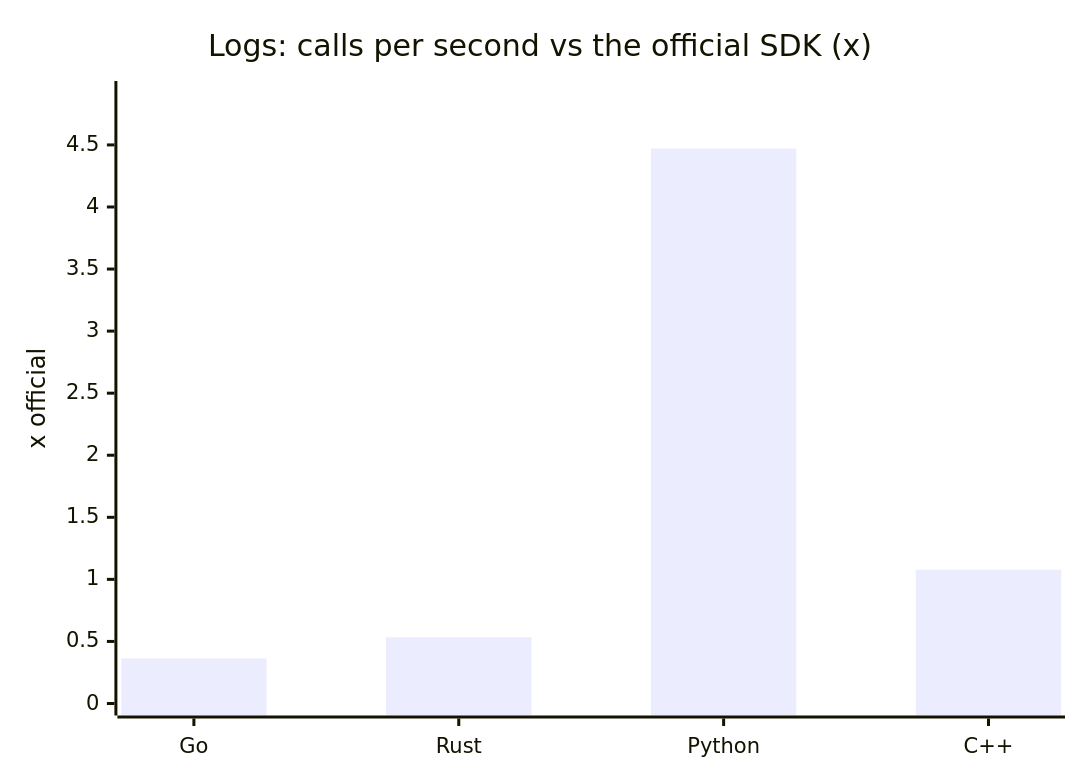
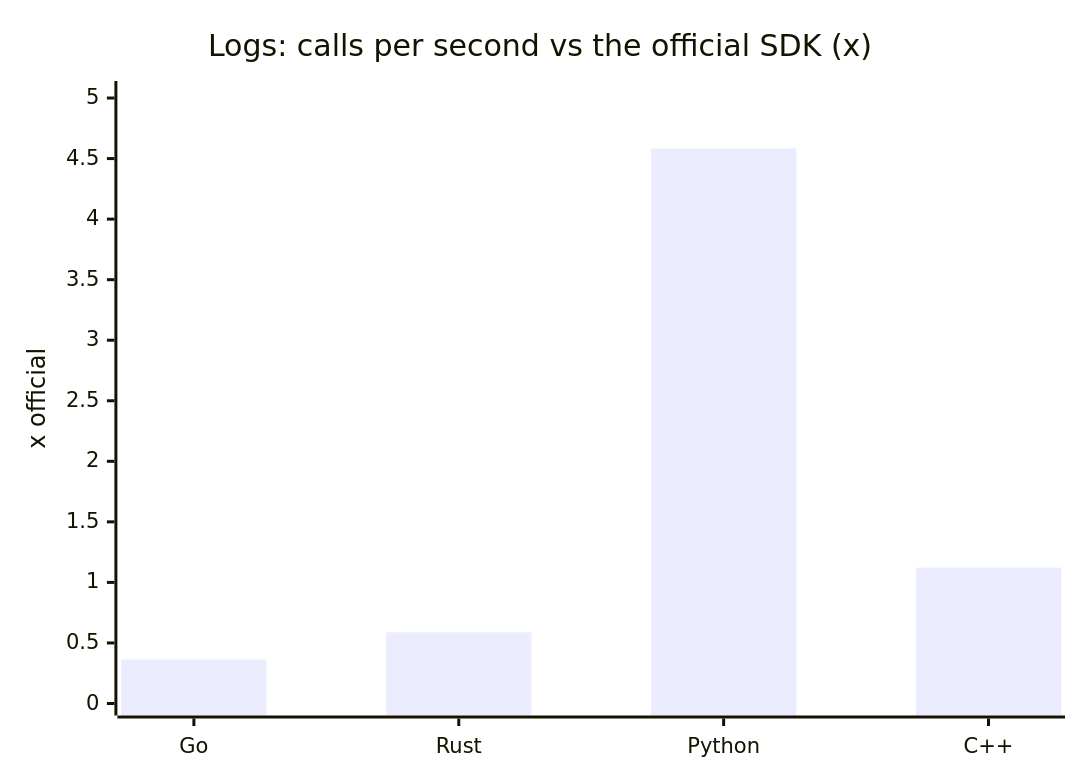
The seventh of 24 diagrams in docs/benchmark.md (the-protobuf-project/telemetry), drawn with Mermaid before and after one commit. The commit also changed other lines of this file and 3 other files, not shown here.

````diff
--- a/docs/benchmark.md
+++ b/docs/benchmark.md
@@ -87,7 +87,7 @@
 ```mermaid
 xychart-beta
     title "Logs: calls per second vs the official SDK (x)"
     x-axis ["Go", "Rust", "Python", "C++"]
-    y-axis "x official" 0 --> 4.91824
-    bar [0.36269, 0.533667, 4.47112, 1.07777]
+    y-axis "x official" 0 --> 5.04157
+    bar [0.36235, 0.58823, 4.58325, 1.12191]
 ```
````
